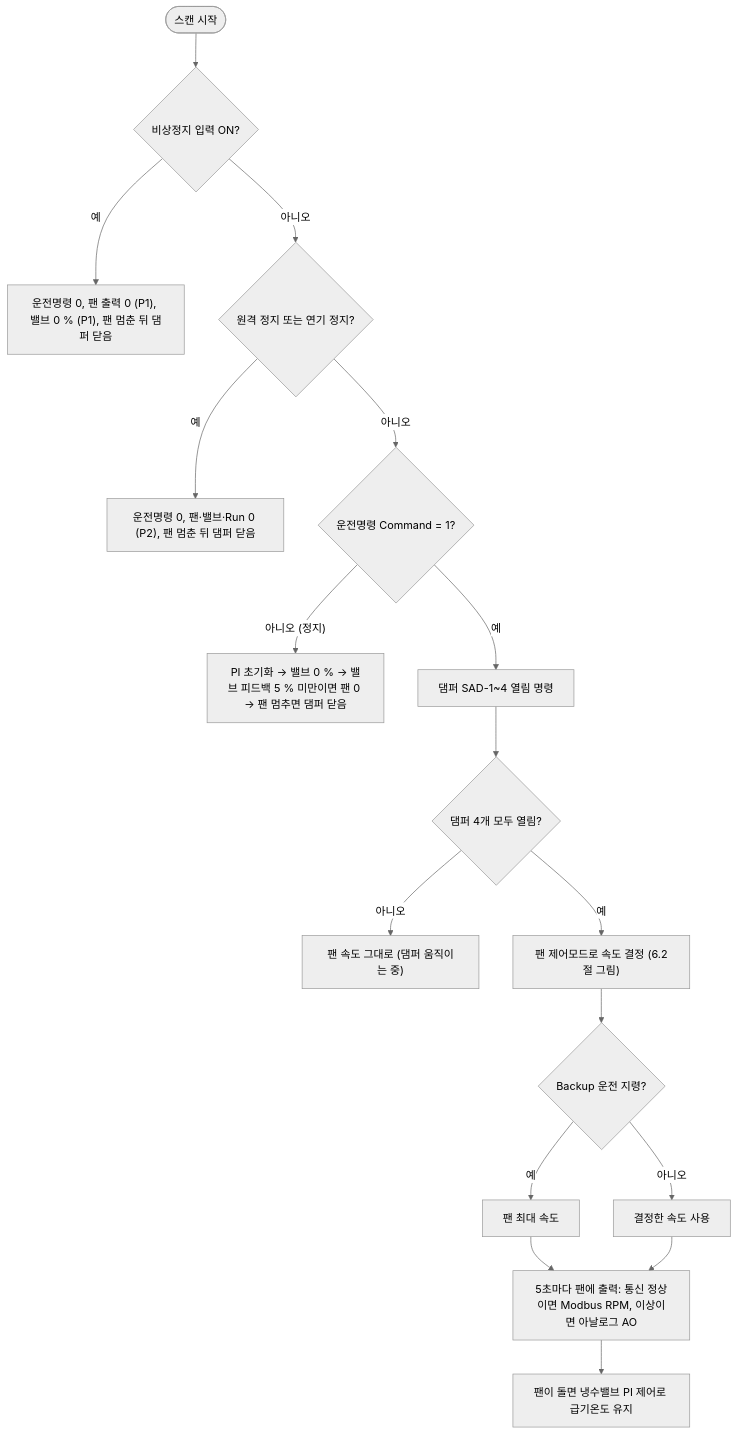
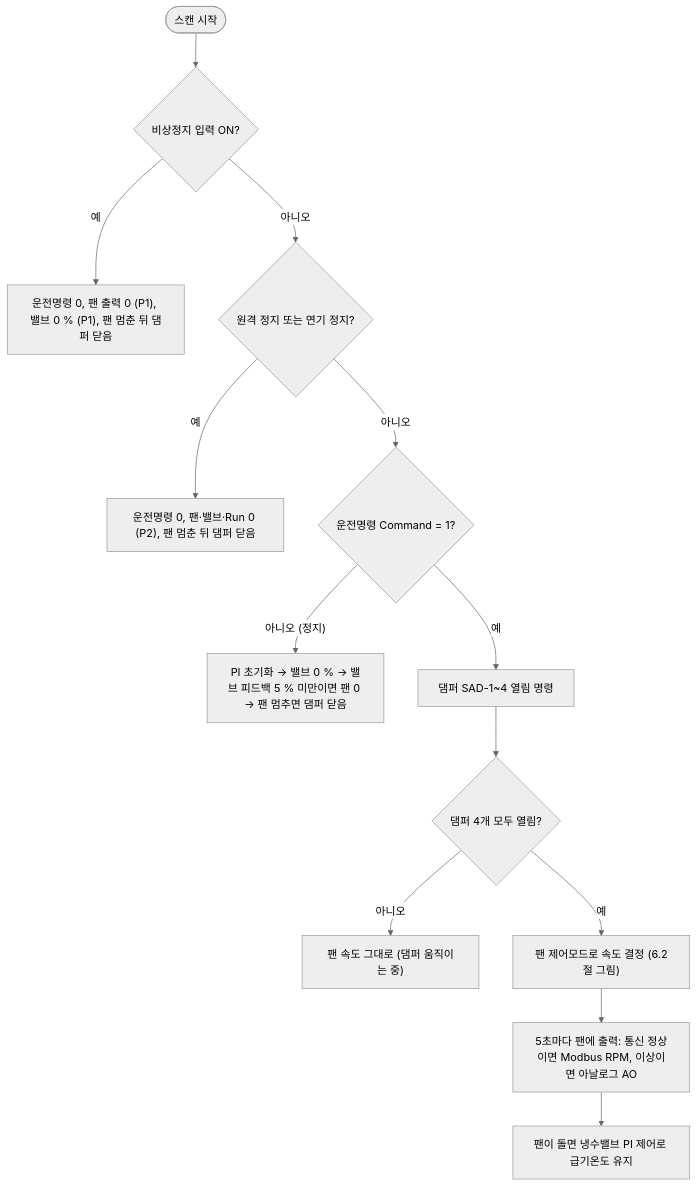
One commit to joo001121-create/FWU-logic changed the third of 12 diagrams in FWU_Logic_초보자_설명서.md. Above: the diagram before and after it, drawn with Mermaid (neutral theme). The commit also changed other lines of this file and 7 other files, not shown here.

````diff
--- a/FWU_Logic_초보자_설명서.md
+++ b/FWU_Logic_초보자_설명서.md
@@ -140,18 +153,15 @@
 ```mermaid
 flowchart TD
     START(["스캔 시작"]) --> EM{"비상정지 입력 ON?"}
     EM -->|"예"| EMS["운전명령 0, 팬 출력 0 (P1), 밸브 0 % (P1), 팬 멈춘 뒤 댐퍼 닫음"]
     EM -->|"아니오"| SD{"원격 정지 또는 연기 정지?"}
     SD -->|"예"| SDS["운전명령 0, 팬·밸브·Run 0 (P2), 팬 멈춘 뒤 댐퍼 닫음"]
     SD -->|"아니오"| CMD{"운전명령 Command = 1?"}
     CMD -->|"아니오 (정지)"| STOP["PI 초기화 → 밸브 0 % → 밸브 피드백 5 % 미만이면 팬 0 → 팬 멈추면 댐퍼 닫음"]
     CMD -->|"예"| OPEN["댐퍼 SAD-1~4 열림 명령"]
     OPEN --> ALLOPEN{"댐퍼 4개 모두 열림?"}
     ALLOPEN -->|"아니오"| HOLD["팬 속도 그대로 (댐퍼 움직이는 중)"]
     ALLOPEN -->|"예"| MODE["팬 제어모드로 속도 결정 (6.2절 그림)"]
-    MODE --> BK{"Backup 운전 지령?"}
-    BK -->|"예"| MAX["팬 최대 속도"]
-    BK -->|"아니오"| KEEP["결정한 속도 사용"]
-    MAX & KEEP --> OUT["5초마다 팬에 출력: 통신 정상이면 Modbus RPM, 이상이면 아날로그 AO"]
+    MODE --> OUT["5초마다 팬에 출력: 통신 정상이면 Modbus RPM, 이상이면 아날로그 AO"]
     OUT --> PICV["팬이 돌면 냉수밸브 PI 제어로 급기온도 유지"]
 ```
````
